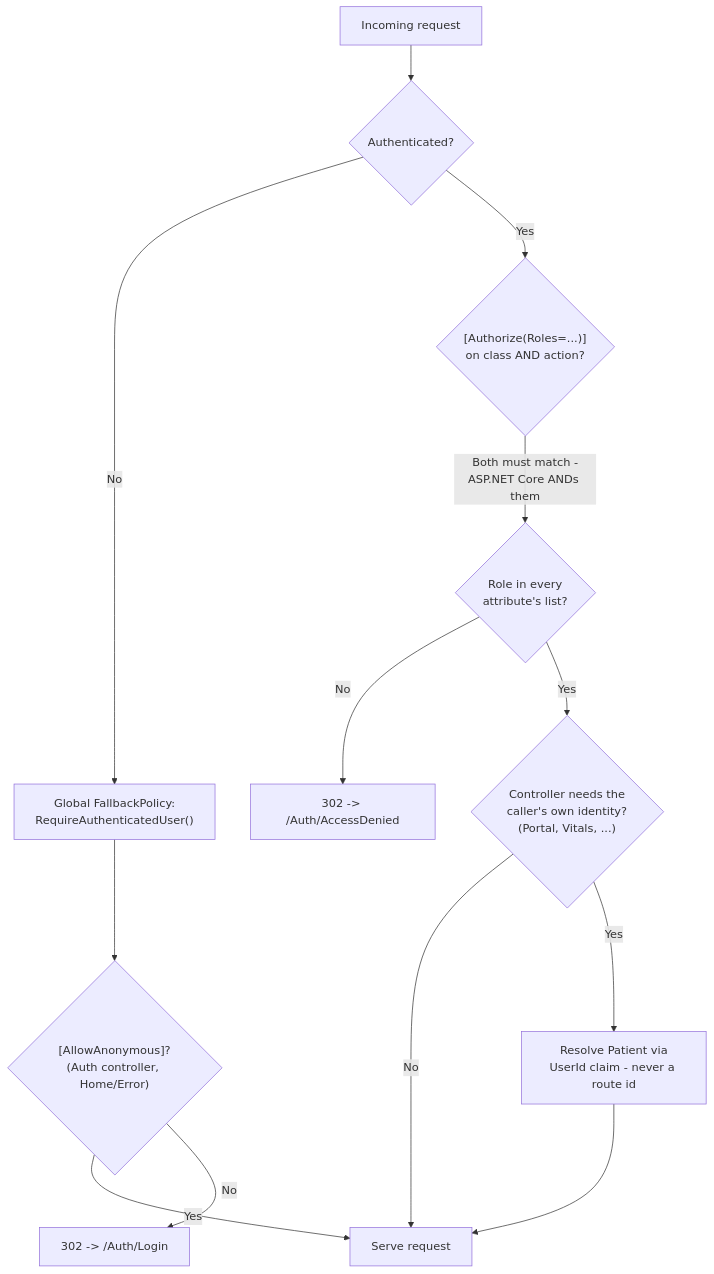
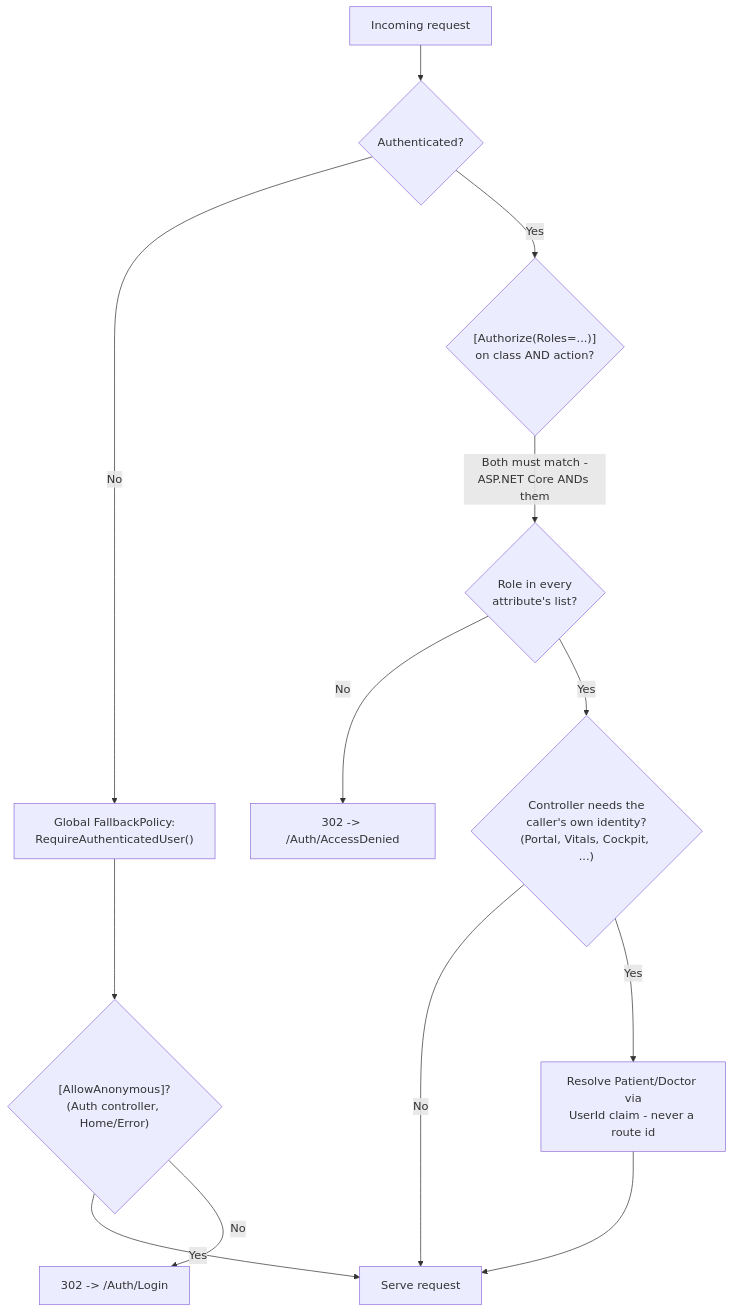
The third of 4 diagrams in docs/ARCHITECTURE.md (nafi103/Hospital-Management-System), drawn with Mermaid before and after one commit. The commit also changed other lines of this file and 15 other files, not shown here.

````diff
--- a/docs/ARCHITECTURE.md
+++ b/docs/ARCHITECTURE.md
@@ -114,17 +125,17 @@
 ```mermaid
 flowchart TD
     Request["Incoming request"] --> Auth{"Authenticated?"}
     Auth -- "No" --> Fallback["Global FallbackPolicy:<br/>RequireAuthenticatedUser()"]
     Fallback --> AllowAnon{"[AllowAnonymous]?<br/>(Auth controller, Home/Error)"}
     AllowAnon -- "Yes" --> Serve["Serve request"]
     AllowAnon -- "No" --> Redirect["302 -> /Auth/Login"]
 
     Auth -- "Yes" --> RoleCheck{"[Authorize(Roles=...)]<br/>on class AND action?"}
     RoleCheck -- "Both must match -<br/>ASP.NET Core ANDs them" --> RoleOk{"Role in every<br/>attribute's list?"}
     RoleOk -- "No" --> Denied["302 -> /Auth/AccessDenied"]
-    RoleOk -- "Yes" --> Identity{"Controller needs the<br/>caller's own identity?<br/>(Portal, Vitals, ...)"}
+    RoleOk -- "Yes" --> Identity{"Controller needs the<br/>caller's own identity?<br/>(Portal, Vitals, Cockpit, ...)"}
 
     Identity -- "No" --> Serve
-    Identity -- "Yes" --> Resolve["Resolve Patient via<br/>UserId claim - never a route id"]
+    Identity -- "Yes" --> Resolve["Resolve Patient/Doctor via<br/>UserId claim - never a route id"]
     Resolve --> Serve
 ```
````
